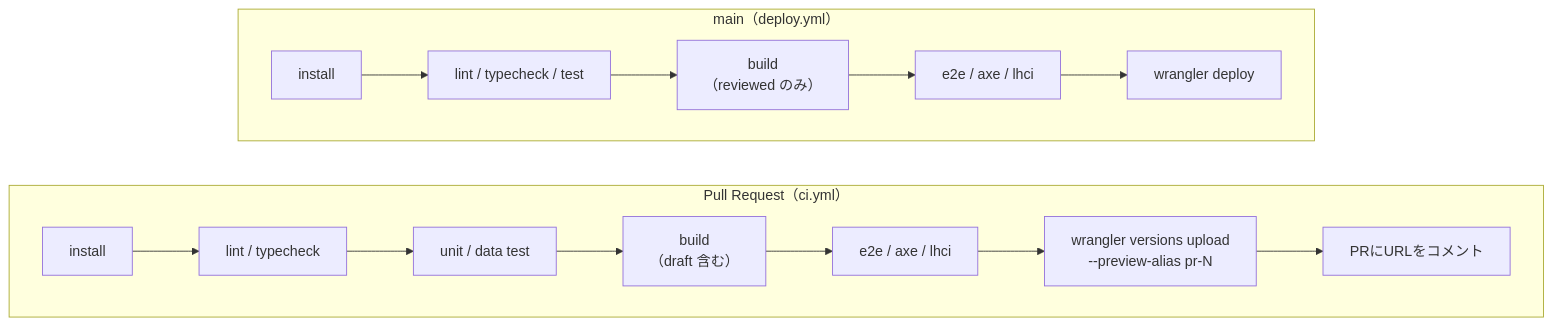
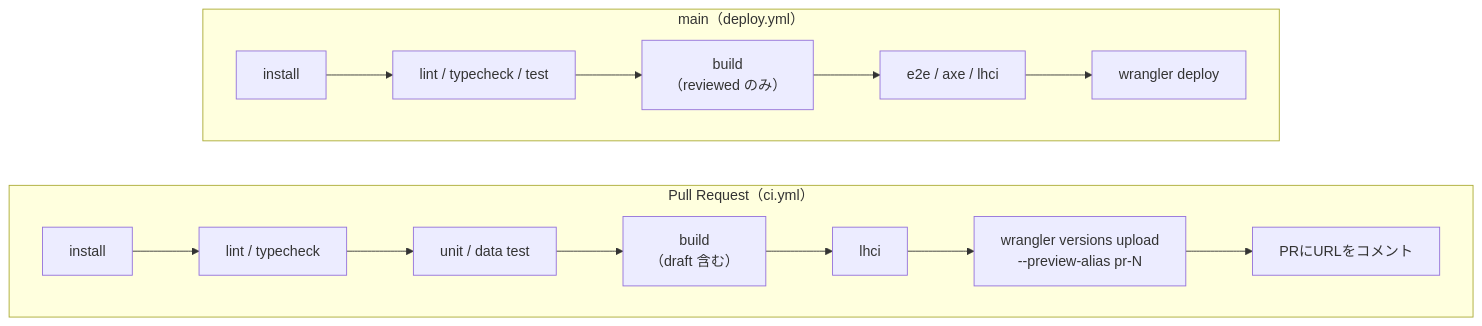
One commit to vivastack-labs/vivastack-build-maps changed the fourth of 5 diagrams in docs/development-overview.md. Above: the diagram before and after it, drawn with Mermaid. The commit also changed other lines of this file and 5 other files, not shown here.

````diff
--- a/docs/development-overview.md
+++ b/docs/development-overview.md
@@ -971,19 +977,19 @@
 ```mermaid
 flowchart LR
   subgraph PR["Pull Request（ci.yml）"]
     direction LR
     A1[install] --> A2[lint / typecheck]
     A2 --> A3[unit / data test]
     A3 --> A4["build<br/>（draft 含む）"]
-    A4 --> A5[e2e / axe / lhci]
+    A4 --> A5[lhci]
     A5 --> A6["wrangler versions upload<br/>--preview-alias pr-N"]
     A6 --> A7[PRにURLをコメント]
   end
   subgraph MAIN["main（deploy.yml）"]
     direction LR
     B1[install] --> B2[lint / typecheck / test]
     B2 --> B3["build<br/>（reviewed のみ）"]
     B3 --> B4[e2e / axe / lhci]
     B4 --> B5[wrangler deploy]
   end
 ```
````
